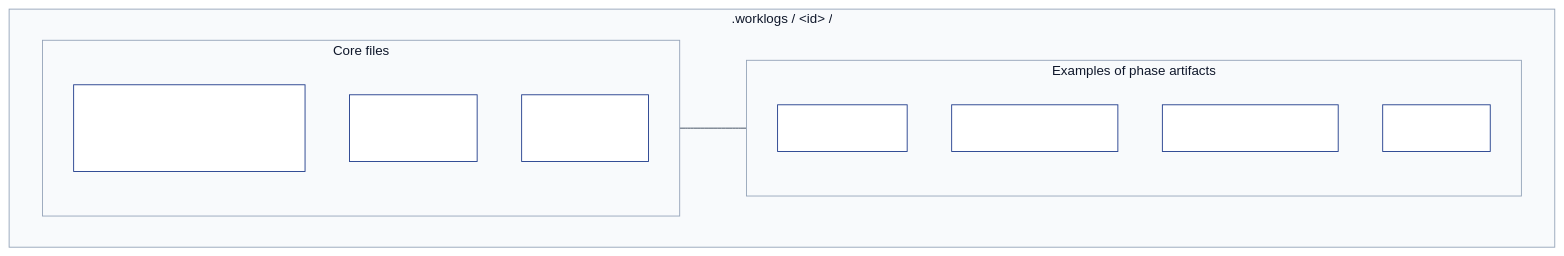
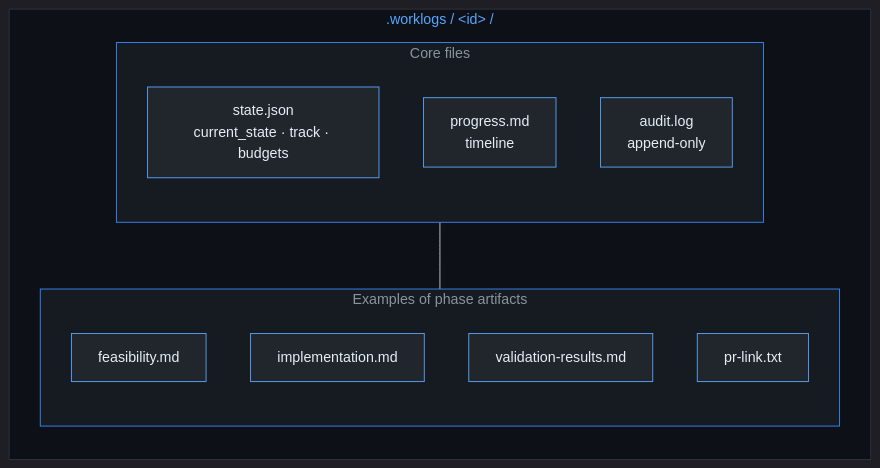
The second of 3 diagrams in README.md (surajSFDC/agentic-swe), drawn with Mermaid before and after one commit. The commit also changed other lines of this file, not shown here.

First line of the commit message:
Fix README Mermaid contrast for GitHub dark theme

````diff
--- a/README.md
+++ b/README.md
@@ -138,22 +153,28 @@
 ```mermaid
-%%{init: {'theme': 'base', 'themeVariables': {'fontFamily': 'system-ui, Segoe UI, Roboto, Helvetica, Arial, sans-serif', 'fontSize': '15px', 'primaryColor': '#1d4ed8', 'primaryTextColor': '#ffffff', 'primaryBorderColor': '#1e3a8a', 'secondaryColor': '#f1f5f9', 'secondaryTextColor': '#0f172a', 'secondaryBorderColor': '#64748b', 'lineColor': '#334155', 'textColor': '#0f172a', 'mainBkg': '#ffffff', 'clusterBkg': '#f8fafc', 'clusterBorder': '#94a3b8', 'titleColor': '#0f172a', 'edgeLabelBackground': '#ffffff'}}}%%
-flowchart TB
+%%{init: {'theme': 'dark', 'fontFamily': 'ui-sans-serif, system-ui, -apple-system, Segoe UI, sans-serif'}}%%
+flowchart LR
     subgraph wl[".worklogs / &lt;id&gt; /"]
-        direction LR
         subgraph core["Core files"]
             direction TB
             s["state.json<br/>current_state · track · budgets"]
             p["progress.md<br/>timeline"]
             a["audit.log<br/>append-only"]
         end
         subgraph art["Examples of phase artifacts"]
             direction TB
             f1["feasibility.md"]
             f2["implementation.md"]
             f3["validation-results.md"]
             f4["pr-link.txt"]
         end
+        core --- art
     end
 
-    core --- art
+    classDef file fill:#21262d,stroke:#58a6ff,color:#e6edf3,stroke-width:1px
+
+    class s,p,a,f1,f2,f3,f4 file
+
+    style wl fill:#0d1117,stroke:#30363d,color:#58a6ff
+    style core fill:#161b22,stroke:#388bfd,color:#8b949e
+    style art fill:#161b22,stroke:#388bfd,color:#8b949e
 ```
````
